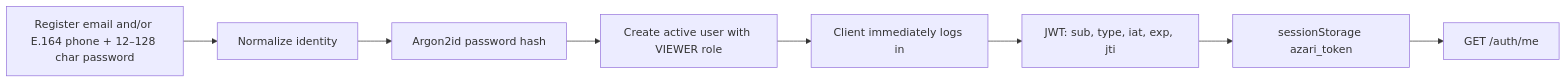
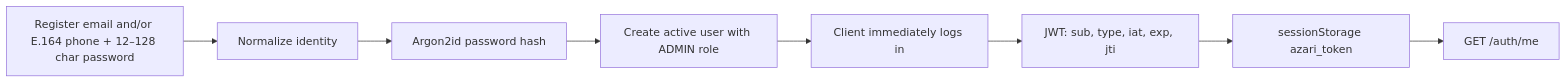
The second of 15 diagrams in HOW_THE_PROJECT_WORKS.md (koushan123/azari-web-app), drawn with Mermaid before and after one commit. The commit also changed other lines of this file and 8 other files, not shown here.

````diff
--- a/HOW_THE_PROJECT_WORKS.md
+++ b/HOW_THE_PROJECT_WORKS.md
@@ -129,10 +129,10 @@
 ```mermaid
 flowchart LR
     R[Register email and/or E.164 phone + 12–128 char password] --> N[Normalize identity]
     N --> H[Argon2id password hash]
-    H --> V[Create active user with VIEWER role]
+    H --> V[Create active user with ADMIN role]
     V --> L[Client immediately logs in]
     L --> J[JWT: sub, type, iat, exp, jti]
     J --> S[sessionStorage azari_token]
     S --> M[GET /auth/me]
 ```
````
